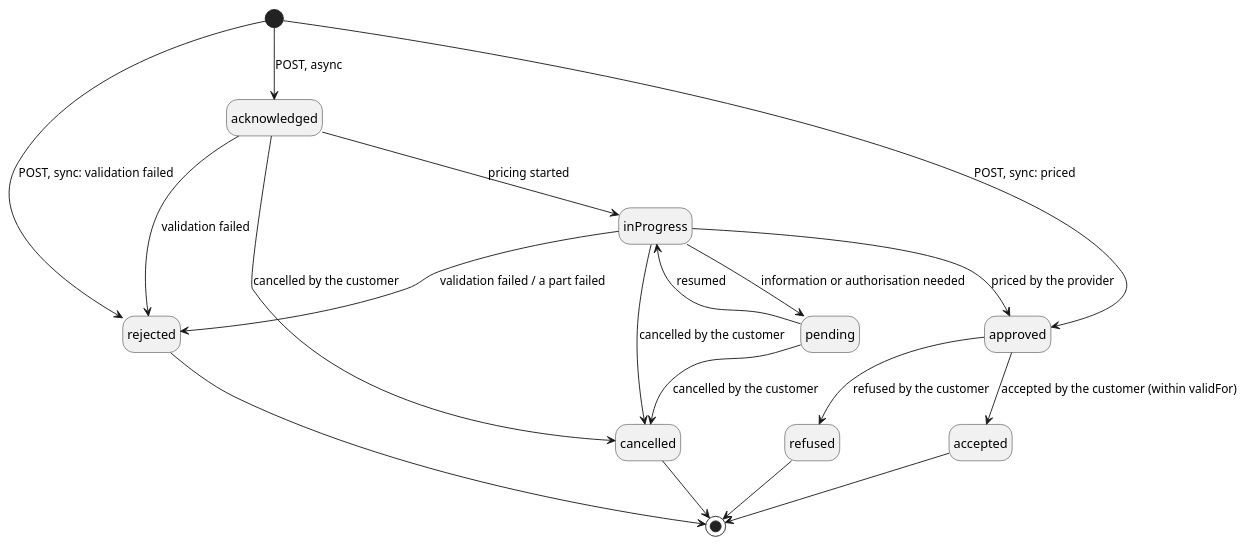
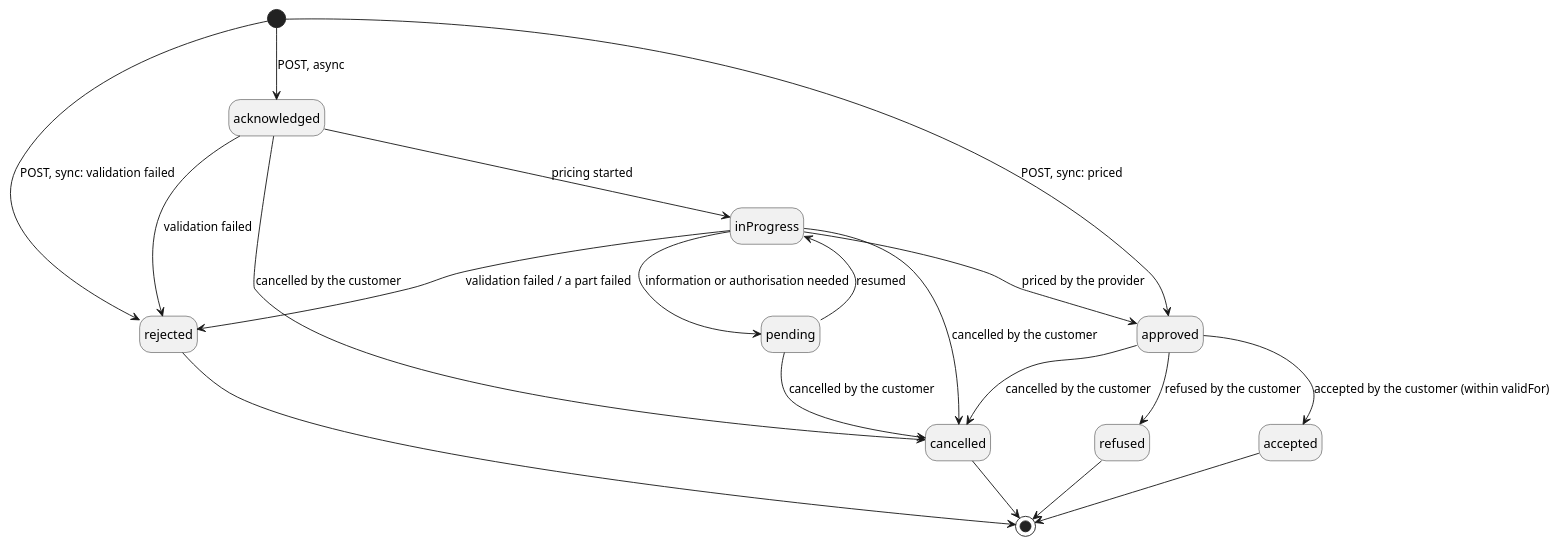
Before and after one commit to psi-consortium/psi: the fourth of 5 diagrams in doc/PSI/PSI-TOD/tasks/TOD-03-06-Quote_Management.md, drawn with PlantUML. The commit also changed other lines of this file and 7 other files, not shown here.

````diff
--- a/doc/PSI/PSI-TOD/tasks/TOD-03-06-Quote_Management.md
+++ b/doc/PSI/PSI-TOD/tasks/TOD-03-06-Quote_Management.md
@@ -185,24 +185,25 @@
 ```plantuml
 @startuml
 hide empty description
 [*] --> acknowledged : POST, async
 [*] --> approved     : POST, sync: priced
 [*] --> rejected     : POST, sync: validation failed
 acknowledged --> inProgress : pricing started
 acknowledged --> rejected   : validation failed
 acknowledged --> cancelled  : cancelled by the customer
 inProgress   --> pending    : information or authorisation needed
 pending      --> inProgress : resumed
 inProgress   --> approved   : priced by the provider
 inProgress   --> rejected   : validation failed / a part failed
 inProgress   --> cancelled  : cancelled by the customer
 pending      --> cancelled  : cancelled by the customer
+approved     --> cancelled  : cancelled by the customer
 approved     --> accepted   : accepted by the customer (within validFor)
 approved     --> refused    : refused by the customer
 accepted  --> [*]
 refused   --> [*]
 rejected  --> [*]
 cancelled --> [*]
 @enduml
 
 ```
````
